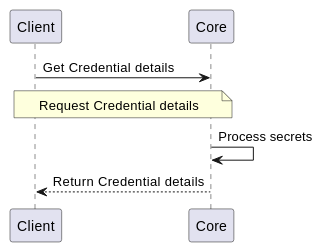
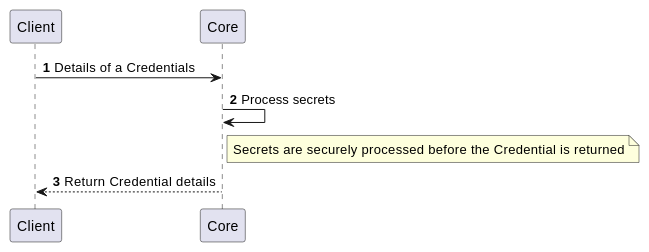
The second of 5 diagrams in docs/12-connectors/05-description/20-credential-provider.md (CZERTAINLY/CZERTAINLY-Documentation), drawn with PlantUML before and after one commit. The commit also changed other lines of this file and 5 other files, not shown here.

````diff
--- a/docs/12-connectors/05-description/20-credential-provider.md
+++ b/docs/12-connectors/05-description/20-credential-provider.md
@@ -40,10 +37,10 @@
 ```plantuml
     @startuml
+    autonumber
     skinparam topurl https://docs.czertainly.com/api/
-    
-        Client->Core [[core-credential/#tag/Credential-Management-API/operation/getCredential]]: Get Credential details
-        Note over Client,Core: Request Credential details
+        Client->Core [[core-credential/#tag/Credential-Management-API/operation/getCredential]]: Details of a Credentials
         Core->Core: Process secrets
+        Note right of Core: Secrets are securely processed before the Credential is returned
         Core-->Client: Return Credential details
     @enduml
 ```
````
